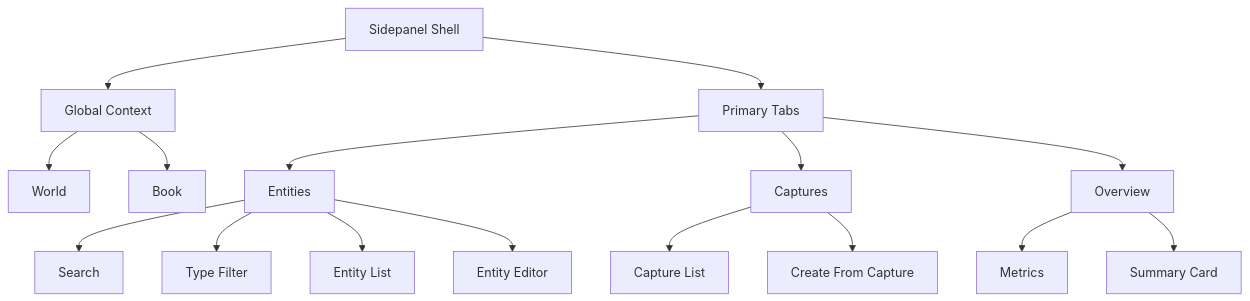
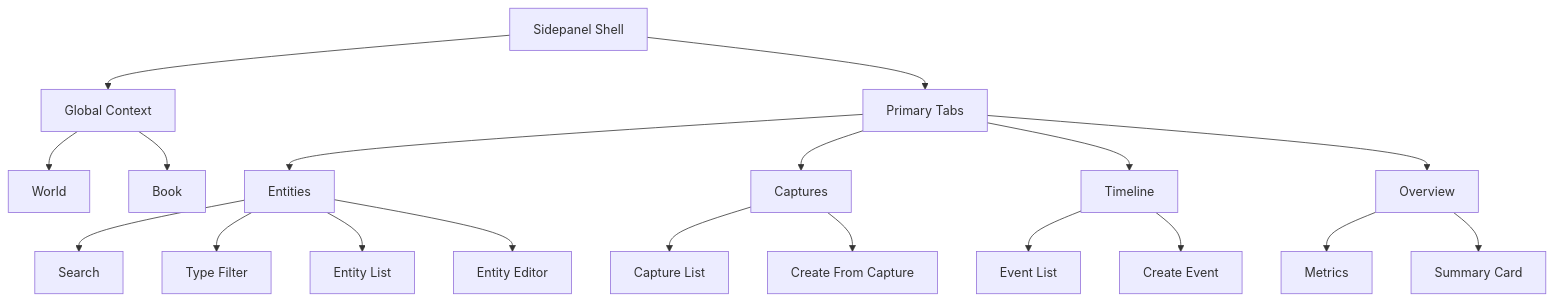
One commit to novedu/World-Link-Alpha changed the diagram in design/ux-spec.md. Above: the diagram before and after it, drawn with Mermaid. The commit also changed other lines of this file and 115 other files, not shown here.

````diff
--- a/design/ux-spec.md
+++ b/design/ux-spec.md
@@ -53,18 +87,21 @@
 ```mermaid
 flowchart TD
   A["Sidepanel Shell"] --> B["Global Context"]
   B --> B1["World"]
   B --> B2["Book"]
   A --> C["Primary Tabs"]
   C --> D["Entities"]
   C --> E["Captures"]
-  C --> F["Overview"]
+  C --> F["Timeline"]
+  C --> G["Overview"]
   D --> D1["Search"]
   D --> D2["Type Filter"]
   D --> D3["Entity List"]
   D --> D4["Entity Editor"]
   E --> E1["Capture List"]
   E --> E2["Create From Capture"]
-  F --> F1["Metrics"]
-  F --> F2["Summary Card"]
+  F --> F1["Event List"]
+  F --> F2["Create Event"]
+  G --> G1["Metrics"]
+  G --> G2["Summary Card"]
 ```
````
